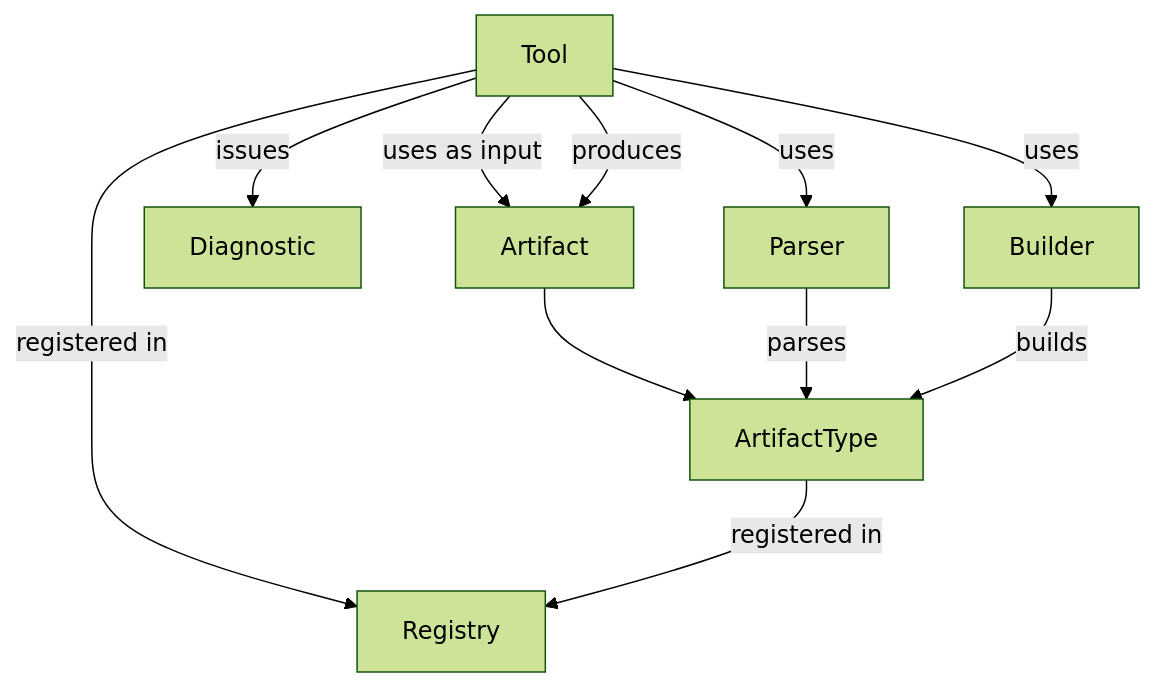
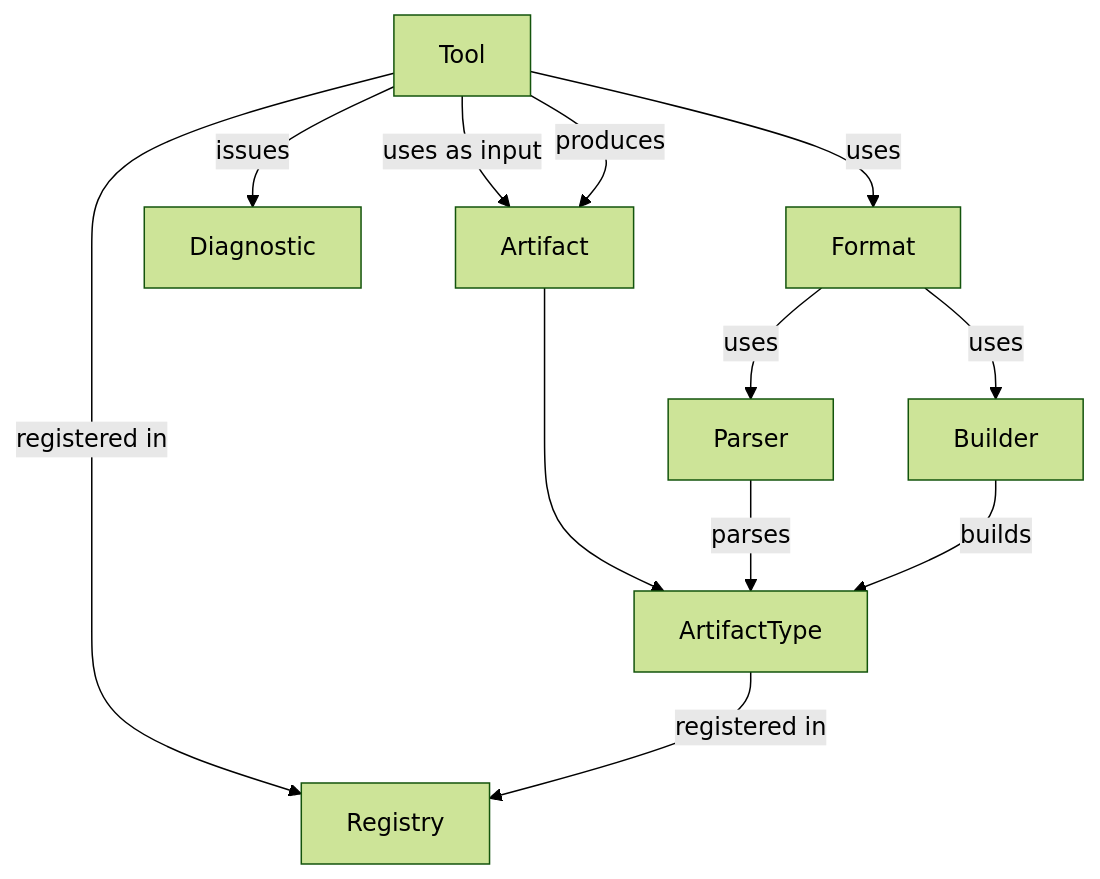
Before and after one commit to setms/sew: the diagram in src/main/ideas/tools.md, drawn with Mermaid (forest theme). The commit also changed 4 other files, not shown here.

````diff
--- a/src/main/ideas/tools.md
+++ b/src/main/ideas/tools.md
@@ -9,13 +9,14 @@
 ```mermaid
 graph
     Artifact --> ArtifactType
     Tool -- uses as input --> Artifact
     Tool -- produces --> Artifact
     Tool -- issues --> Diagnostic
-    Tool -- uses --> Parser
-    Tool -- uses --> Builder
+    Tool -- uses --> Format
+    Format -- uses --> Builder
+    Format -- uses --> Parser
     Parser -- parses --> ArtifactType
     Builder -- builds --> ArtifactType
     Tool -- registered in --> Registry
     ArtifactType -- registered in --> Registry
 ```
````
